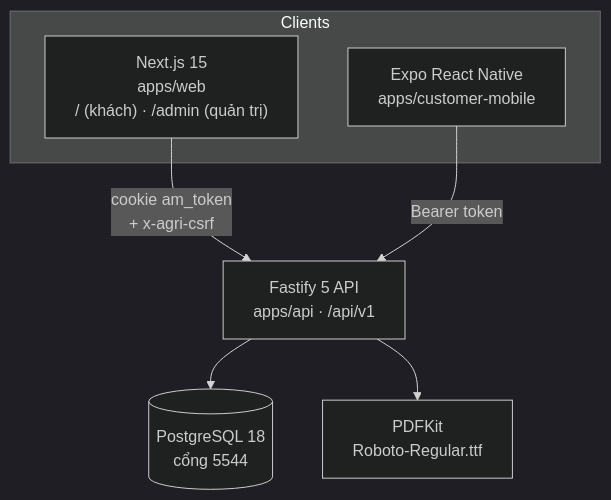
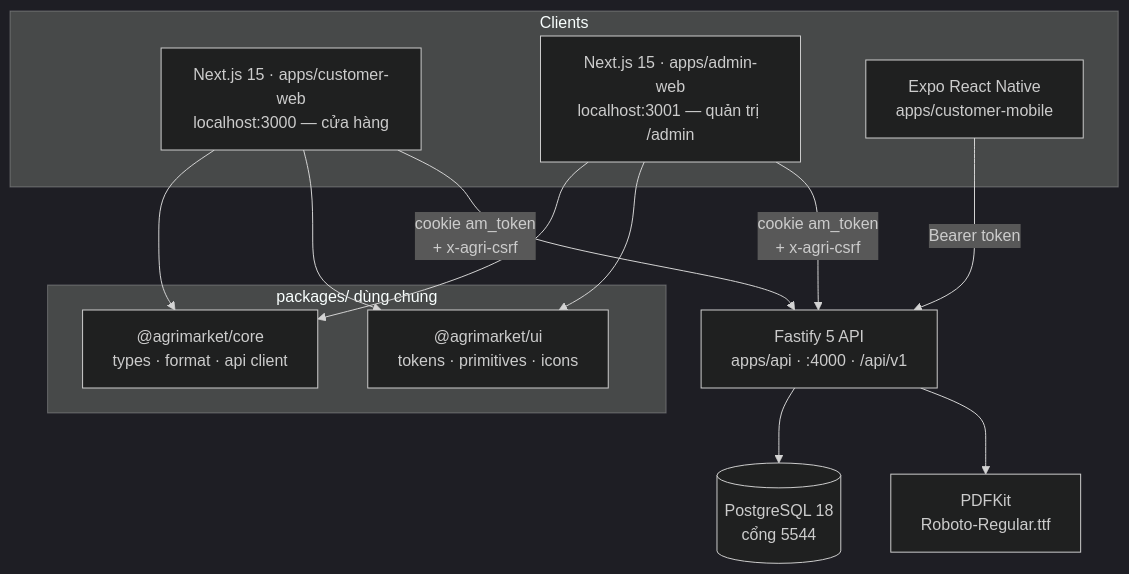
One commit to laivannha0202/Xay-dung-nen-tang-ban-nong-san-tich-hop-truy-xuat-nguon-goc changed the first of 2 diagrams in docs/architecture.md. Above: the diagram before and after it, drawn with Mermaid (dark theme). The commit also changed other lines of this file and 192 other files, not shown here.

Commit message:
Tách AgriMarket thành hai website quản trị và cửa hàng

````diff
--- a/docs/architecture.md
+++ b/docs/architecture.md
@@ -5,15 +5,25 @@
 ```mermaid
 graph TB
   subgraph Clients
-    W["Next.js 15<br/>apps/web<br/>/ (khách) · /admin (quản trị)"]
+    C["Next.js 15 · apps/customer-web<br/>localhost:3000 — cửa hàng"]
+    A1["Next.js 15 · apps/admin-web<br/>localhost:3001 — quản trị /admin"]
     M["Expo React Native<br/>apps/customer-mobile"]
   end
-  A["Fastify 5 API<br/>apps/api · /api/v1"]
+  subgraph Shared["packages/ dùng chung"]
+    CORE["@agrimarket/core<br/>types · format · api client"]
+    UI["@agrimarket/ui<br/>tokens · primitives · icons"]
+  end
+  A["Fastify 5 API<br/>apps/api · :4000 · /api/v1"]
   P[("PostgreSQL 18<br/>cổng 5544")]
   PDF["PDFKit<br/>Roboto-Regular.ttf"]
 
-  W -->|"cookie am_token<br/>+ x-agri-csrf"| A
+  C --> CORE
+  A1 --> CORE
+  A1 --> UI
+  C --> UI
+  C -->|"cookie am_token<br/>+ x-agri-csrf"| A
+  A1 -->|"cookie am_token<br/>+ x-agri-csrf"| A
   M -->|"Bearer token"| A
   A --> P
   A --> PDF
 ```
````
